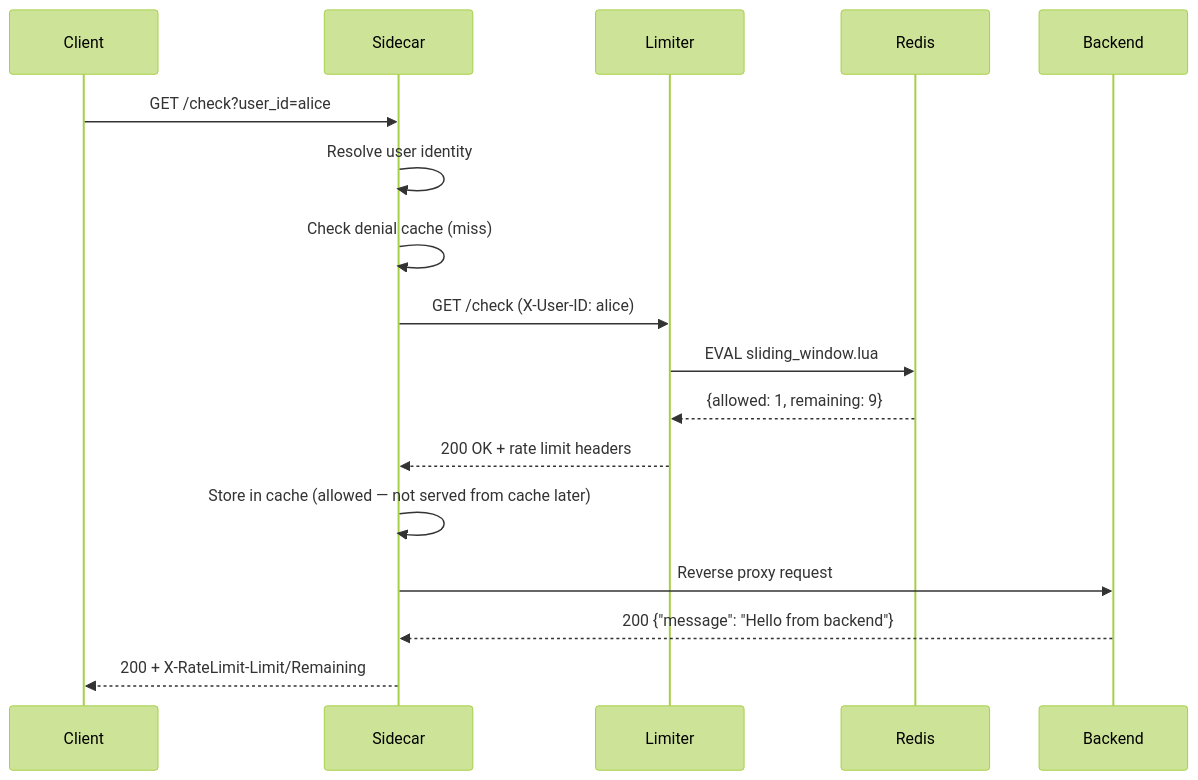
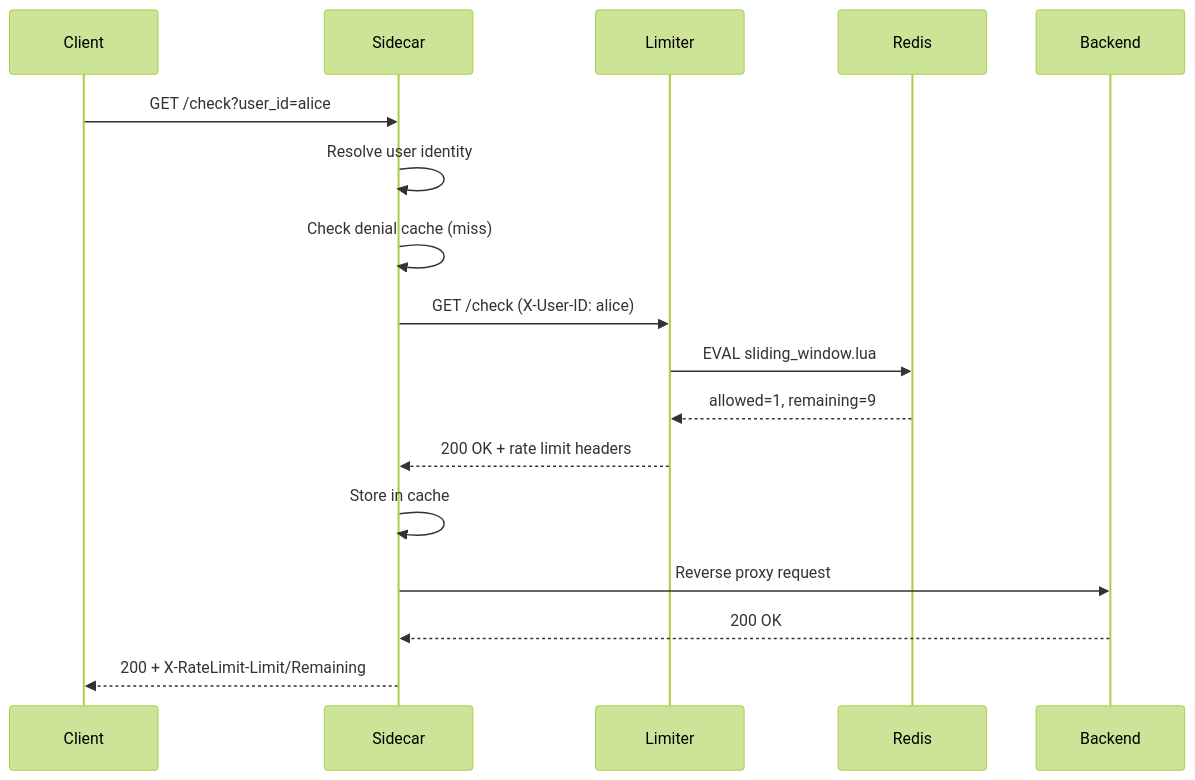
Before and after one commit to RUDRA-PRATAP-SINGH01/Distributed-rate-limiter: the third of 21 diagrams in README.md, drawn with Mermaid (forest theme). The commit also changed other lines of this file and 1 other file, not shown here.

Commit message:
docs: fix Mermaid syntax for GitHub Markdown rendering in README and architecture docs

````diff
--- a/README.md
+++ b/README.md
@@ -237,20 +237,20 @@
 ```mermaid
 sequenceDiagram
     participant C as Client
     participant S as Sidecar
     participant L as Limiter
     participant R as Redis
     participant B as Backend
 
     C->>S: GET /check?user_id=alice
     S->>S: Resolve user identity
     S->>S: Check denial cache (miss)
     S->>L: GET /check (X-User-ID: alice)
     L->>R: EVAL sliding_window.lua
-    R-->>L: {allowed: 1, remaining: 9}
+    R-->>L: allowed=1, remaining=9
     L-->>S: 200 OK + rate limit headers
-    S->>S: Store in cache (allowed — not served from cache later)
+    S->>S: Store in cache
     S->>B: Reverse proxy request
-    B-->>S: 200 {"message": "Hello from backend"}
+    B-->>S: 200 OK
     S-->>C: 200 + X-RateLimit-Limit/Remaining
 ```
````
